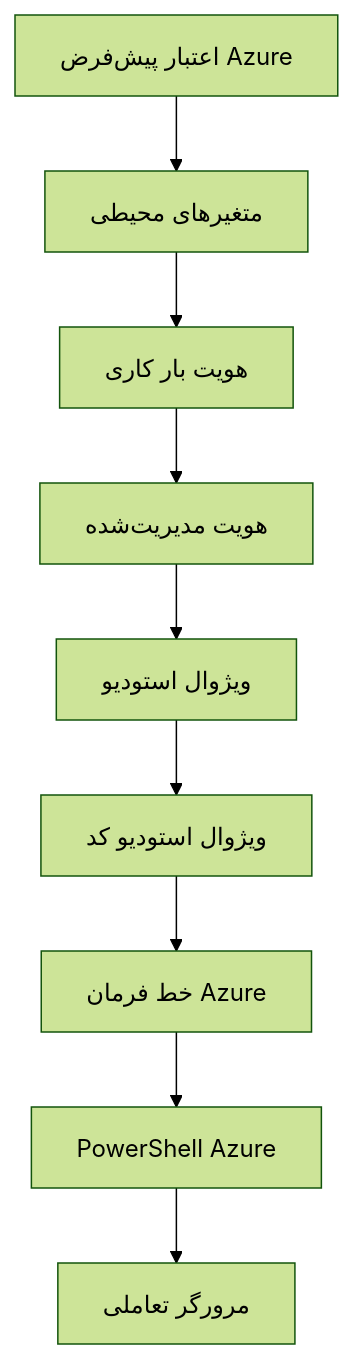
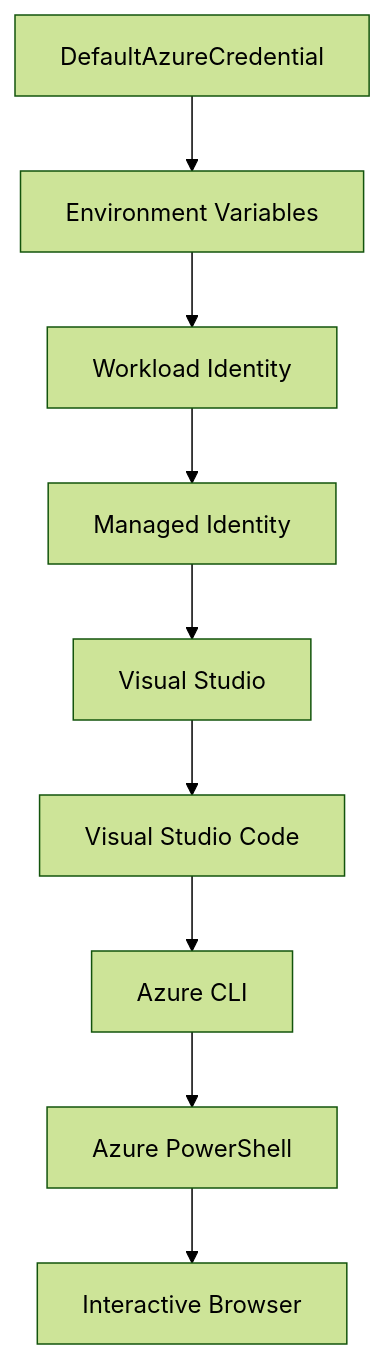
The second of 2 diagrams in translations/fa/docs/chapter-01-foundation/azd-basics.md (microsoft/AZD-for-beginners), drawn with Mermaid (forest theme) before and after one commit. The commit also changed other lines of this file and 40 other files, not shown here.

````diff
--- a/translations/fa/docs/chapter-01-foundation/azd-basics.md
+++ b/translations/fa/docs/chapter-01-foundation/azd-basics.md
@@ -606,11 +618,11 @@
 ```mermaid
 graph TD
-    A[اعتبار پیش‌فرض Azure] --> B[متغیرهای محیطی]
-    B --> C[هویت بار کاری]
-    C --> D[هویت مدیریت‌شده]
-    D --> E[ویژوال استودیو]
-    E --> F[ویژوال استودیو کد]
-    F --> G[خط فرمان Azure]
-    G --> H[PowerShell Azure]
-    H --> I[مرورگر تعاملی]
+    A[DefaultAzureCredential] --> B[Environment Variables]
+    B --> C[Workload Identity]
+    C --> D[Managed Identity]
+    D --> E[Visual Studio]
+    E --> F[Visual Studio Code]
+    F --> G[Azure CLI]
+    G --> H[Azure PowerShell]
+    H --> I[Interactive Browser]
 ```
````
